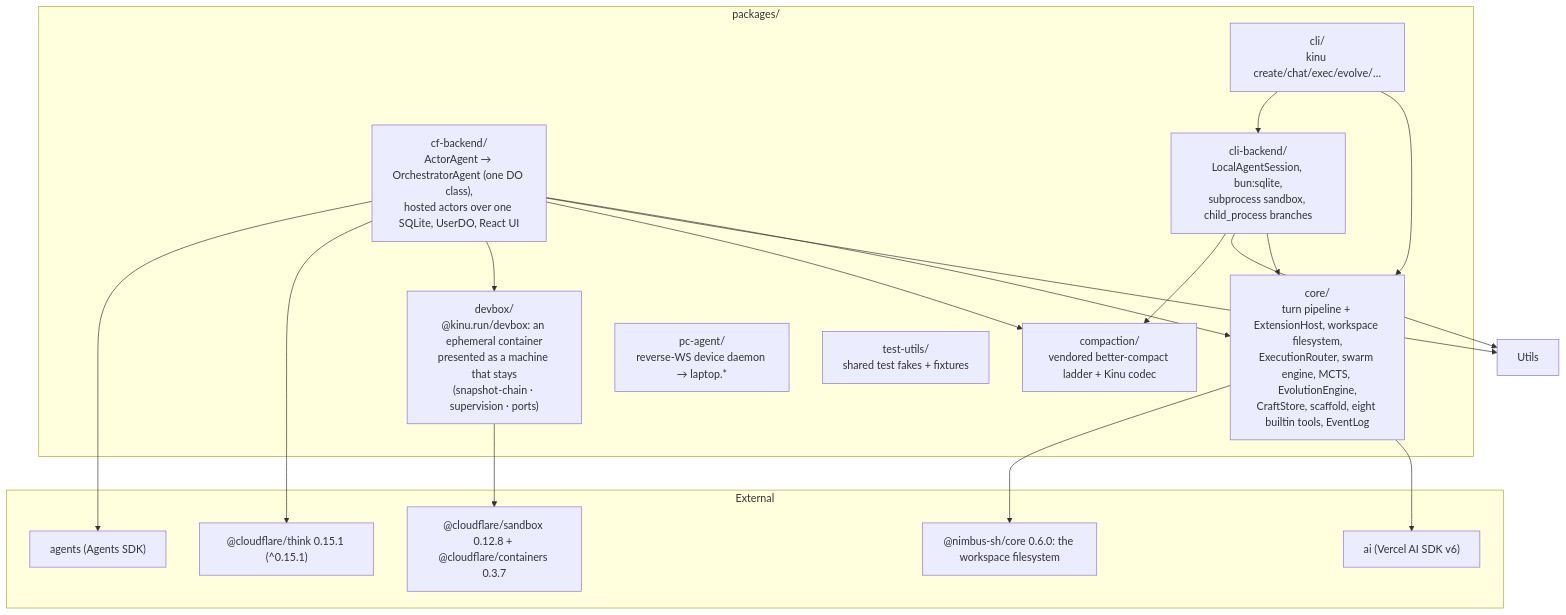
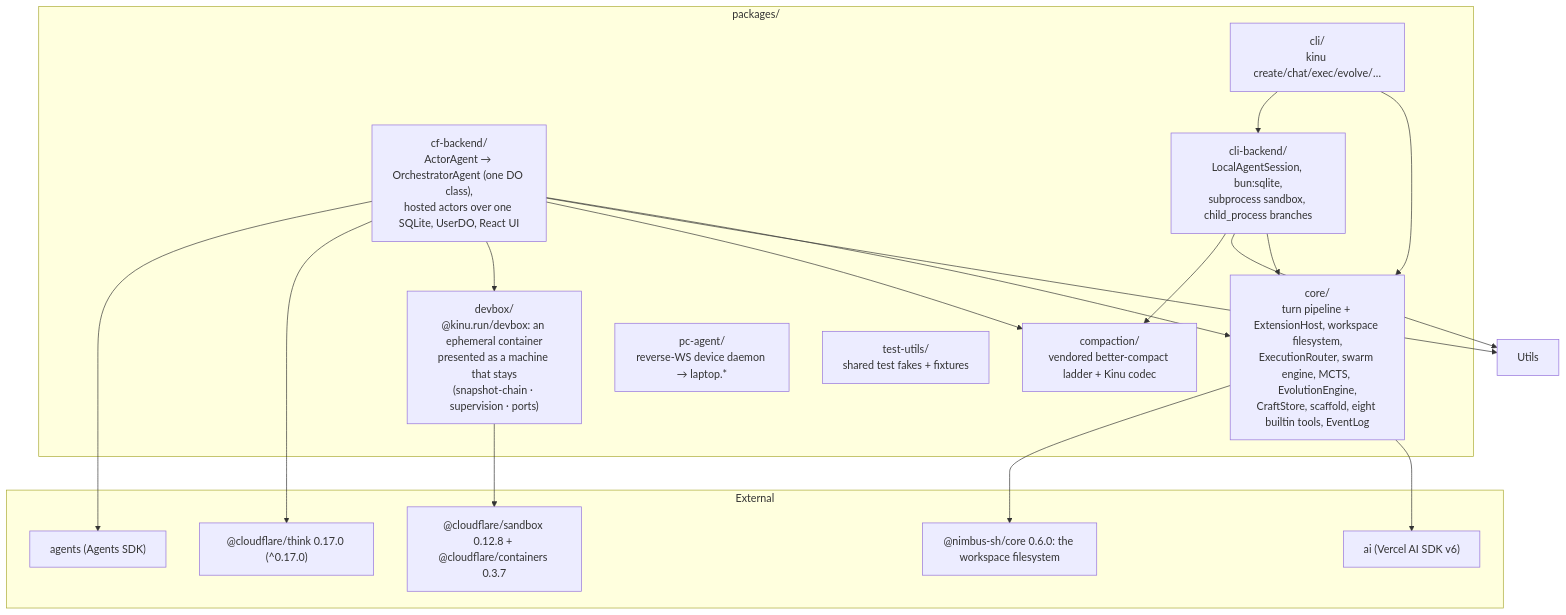
Before and after one commit to AshishKumar4/kinu: the fifth of 5 diagrams in docs/ARCHITECTURE.md, drawn with Mermaid. The commit also changed 29 other files, not shown here.

````diff
--- a/docs/ARCHITECTURE.md
+++ b/docs/ARCHITECTURE.md
@@ -475,37 +475,37 @@
 ```mermaid
 graph TB
     subgraph pkgs["packages/"]
         Core["core/<br/>turn pipeline + ExtensionHost, workspace filesystem,<br/>ExecutionRouter, swarm engine, MCTS, EvolutionEngine,<br/>CraftStore, scaffold, eight builtin tools, EventLog"]
         CF["cf-backend/<br/>ActorAgent → OrchestratorAgent (one DO class),<br/>hosted actors over one SQLite, UserDO, React UI"]
         Compact["compaction/<br/>vendored better-compact ladder + Kinu codec"]
         Devbox["devbox/<br/>@kinu.run/devbox: an ephemeral container<br/>presented as a machine that stays<br/>(snapshot-chain · supervision · ports)"]
         CLI["cli/<br/>kinu create/chat/exec/evolve/…"]
         CLIB["cli-backend/<br/>LocalAgentSession, bun:sqlite,<br/>subprocess sandbox, child_process branches"]
         PC["pc-agent/<br/>reverse-WS device daemon → laptop.*"]
         TU["test-utils/<br/>shared test fakes + fixtures"]
     end
 
     CF --> Core
     CF --> Utils
     CF --> Compact
     CF --> Devbox
     CLI --> Core
     CLI --> CLIB
     CLIB --> Core
     CLIB --> Utils
     CLIB --> Compact
 
     subgraph ext["External"]
-        Think["@cloudflare/think 0.15.1 (^0.15.1)"]
+        Think["@cloudflare/think 0.17.0 (^0.17.0)"]
         Agents["agents (Agents SDK)"]
         AISDK["ai (Vercel AI SDK v6)"]
         Nimbus["@nimbus-sh/core 0.6.0: the workspace filesystem"]
         Sandbox["@cloudflare/sandbox 0.12.8 + @cloudflare/containers 0.3.7"]
     end
 
     CF --> Think
     CF --> Agents
     Core --> AISDK
     Core --> Nimbus
     Devbox --> Sandbox
 ```
````
